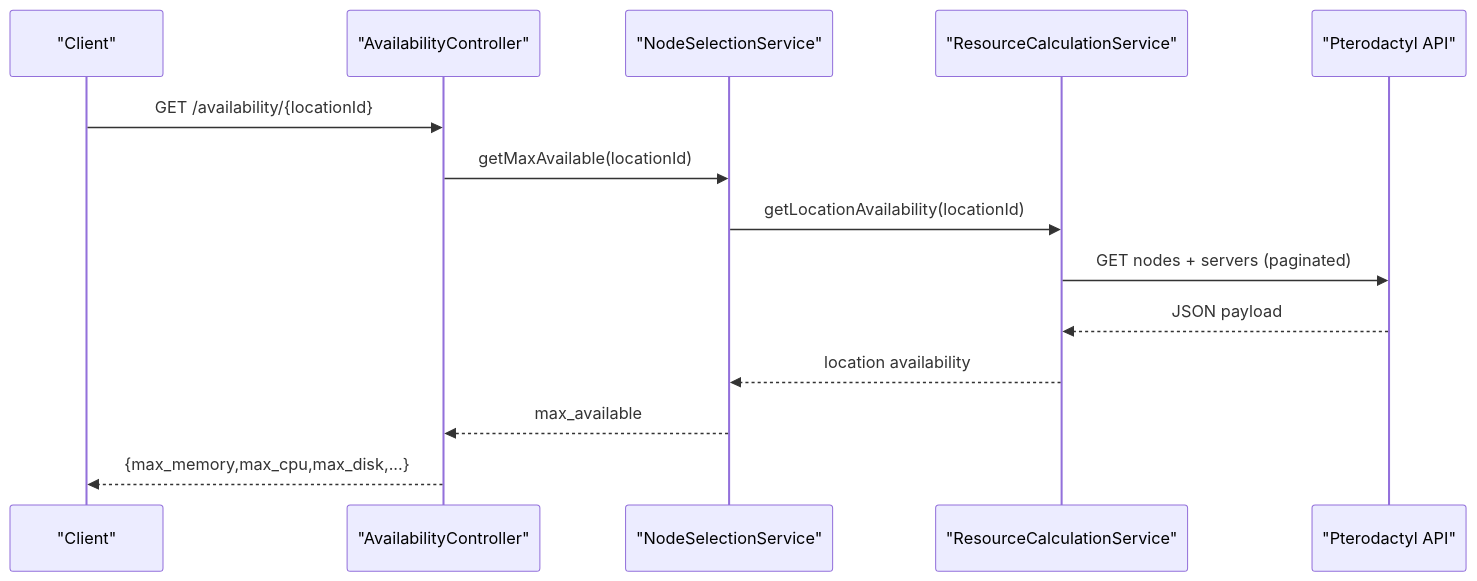
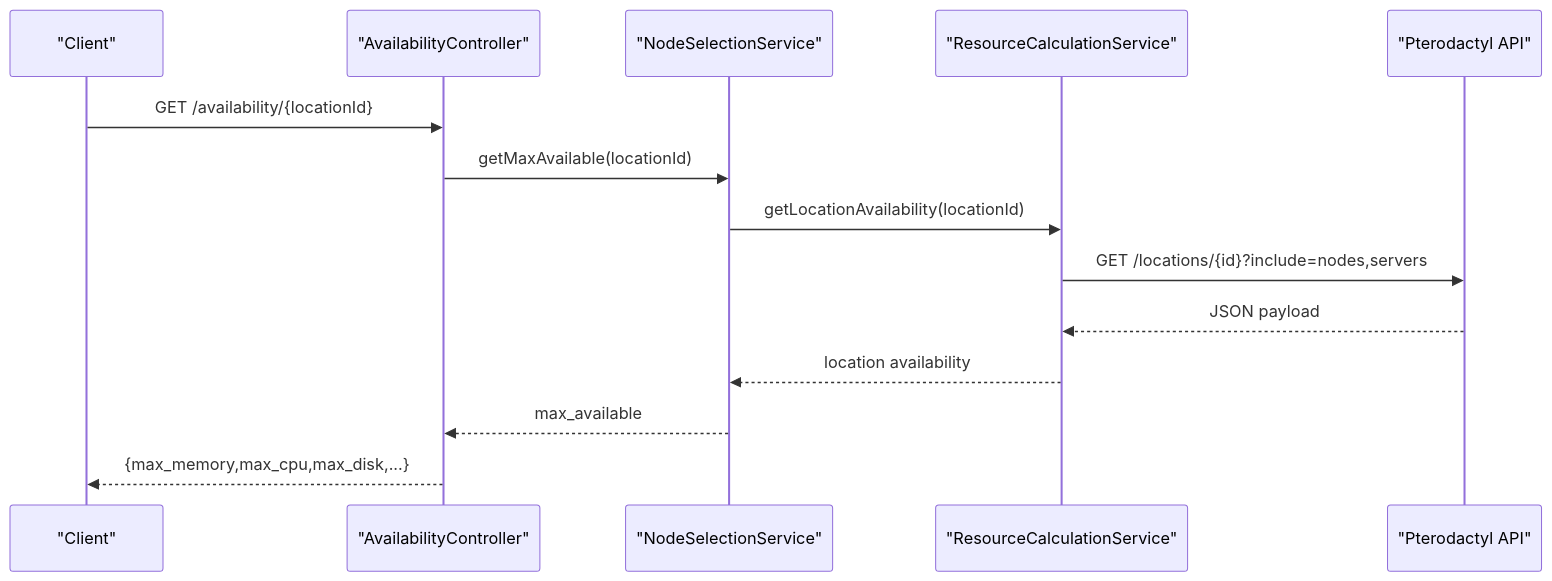
The second of 6 diagrams in .qoder/repowiki/en/content/Architecture Overview/Service Layer Design/Service Layer Design.md (ObsidianNetwork/dynamic-pterodactyl), drawn with Mermaid before and after one commit. The commit also changed 3 other files, not shown here.

````diff
--- a/.qoder/repowiki/en/content/Architecture Overview/Service Layer Design/Service Layer Design.md
+++ b/.qoder/repowiki/en/content/Architecture Overview/Service Layer Design/Service Layer Design.md
@@ -88,16 +88,16 @@
 ```mermaid
 sequenceDiagram
 participant C as "Client"
 participant A as "AvailabilityController"
 participant N as "NodeSelectionService"
 participant R as "ResourceCalculationService"
 participant P as "Pterodactyl API"
 C->>A : GET /availability/{locationId}
 A->>N : getMaxAvailable(locationId)
 N->>R : getLocationAvailability(locationId)
-R->>P : GET nodes + servers (paginated)
+R->>P : GET /locations/{id}?include=nodes,servers
 P-->>R : JSON payload
 R-->>N : location availability
 N-->>A : max_available
 A-->>C : {max_memory,max_cpu,max_disk,...}
 ```
````
